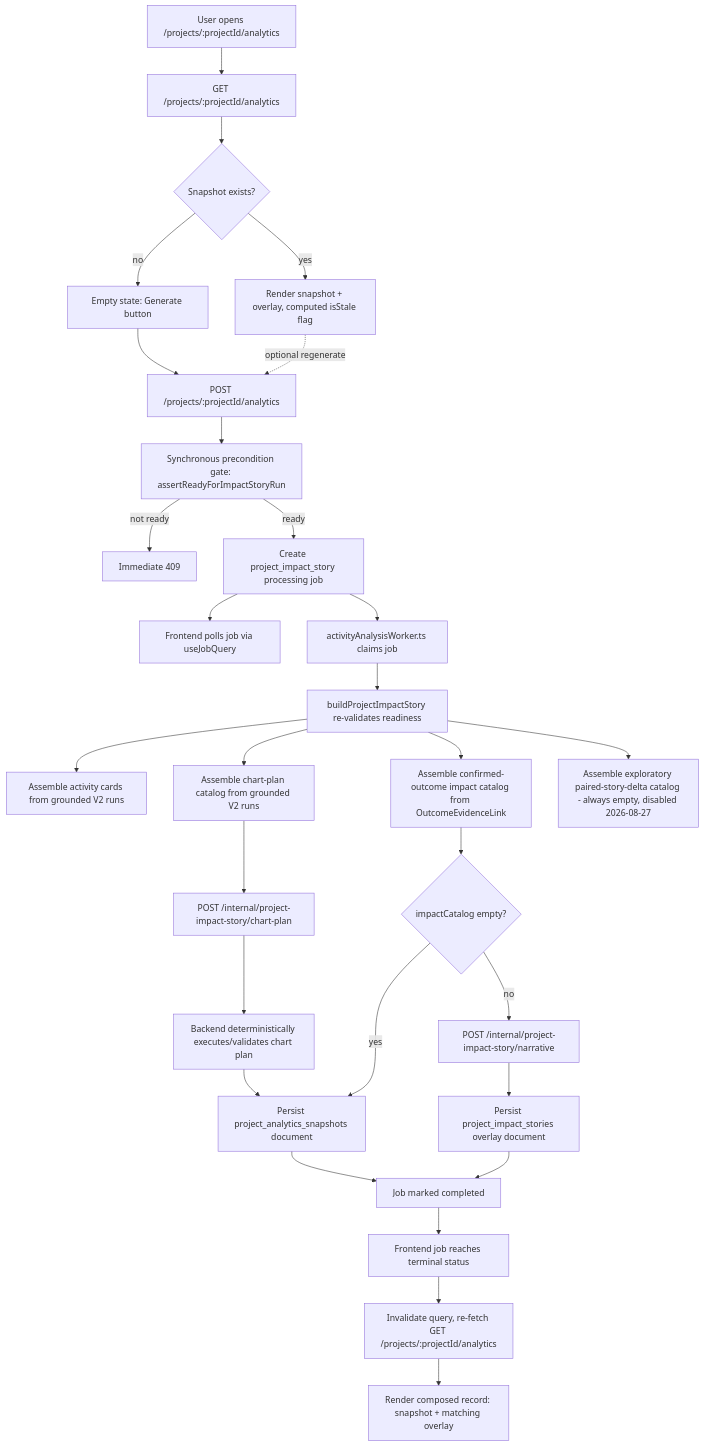
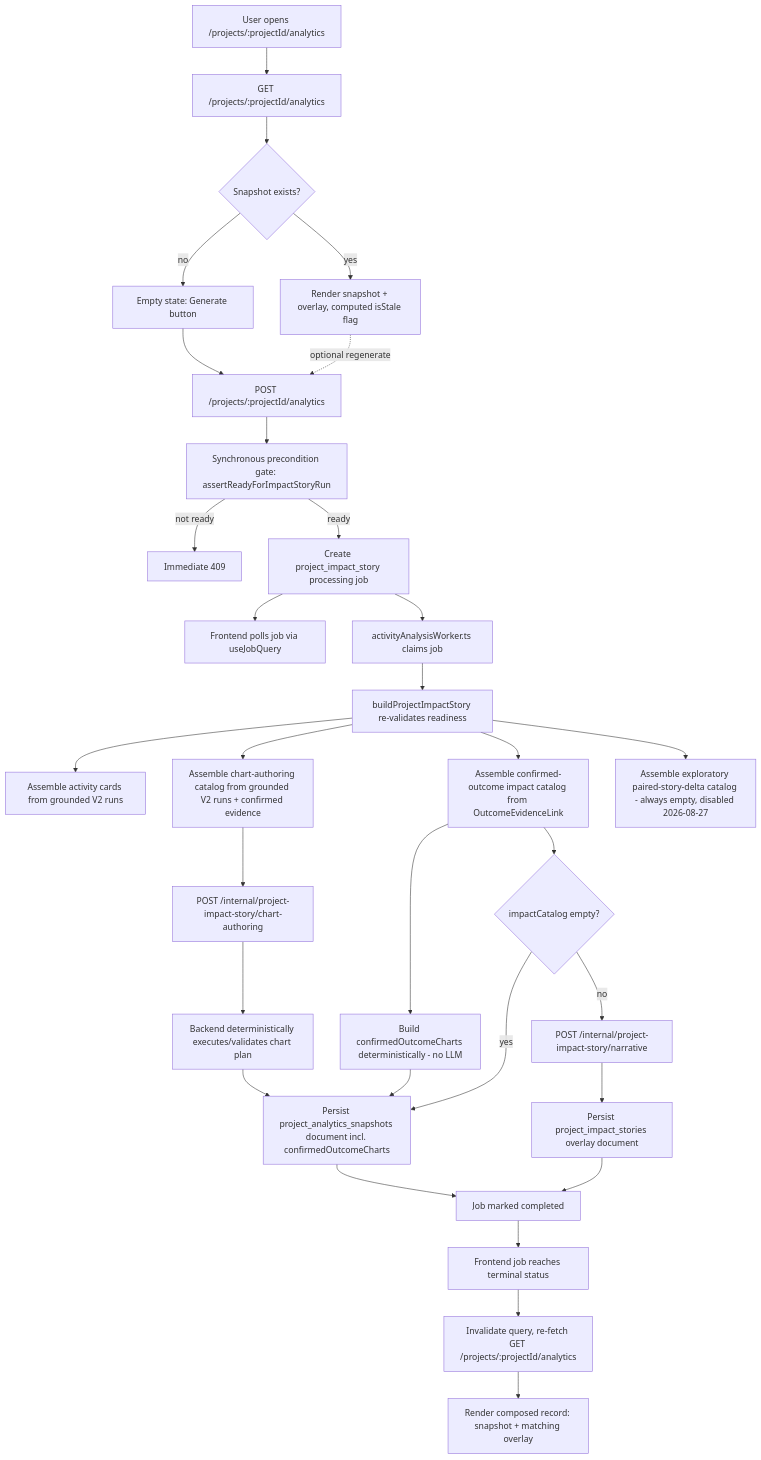
Before and after one commit to lingriosmichael/ia-backend: the diagram in documentation/CURRENT_ANALYTICS_PIPELINE.md, drawn with Mermaid. The commit also changed other lines of this file and 87 other files, not shown here.

````diff
--- a/documentation/CURRENT_ANALYTICS_PIPELINE.md
+++ b/documentation/CURRENT_ANALYTICS_PIPELINE.md
@@ -256,31 +459,33 @@
 ```mermaid
 flowchart TD
     A[User opens /projects/:projectId/analytics] --> B[GET /projects/:projectId/analytics]
     B --> C{Snapshot exists?}
     C -- no --> D[Empty state: Generate button]
     C -- yes --> E[Render snapshot + overlay, computed isStale flag]
     D --> F[POST /projects/:projectId/analytics]
     E -.optional regenerate.-> F
     F --> G[Synchronous precondition gate: assertReadyForImpactStoryRun]
     G -- not ready --> G1[Immediate 409]
     G -- ready --> H[Create project_impact_story processing job]
     H --> I[Frontend polls job via useJobQuery]
     H --> J[activityAnalysisWorker.ts claims job]
     J --> K[buildProjectImpactStory re-validates readiness]
     K --> L1[Assemble activity cards from grounded V2 runs]
-    K --> L2[Assemble chart-plan catalog from grounded V2 runs]
+    K --> L2[Assemble chart-authoring catalog from grounded V2 runs + confirmed evidence]
     K --> L3[Assemble confirmed-outcome impact catalog from OutcomeEvidenceLink]
     K --> L4[Assemble exploratory paired-story-delta catalog - always empty, disabled 2026-08-27]
-    L2 --> M[POST /internal/project-impact-story/chart-plan]
+    L3 --> L5[Build confirmedOutcomeCharts deterministically - no LLM]
+    L2 --> M[POST /internal/project-impact-story/chart-authoring]
     M --> N[Backend deterministically executes/validates chart plan]
-    N --> O[Persist project_analytics_snapshots document]
+    N --> O[Persist project_analytics_snapshots document incl. confirmedOutcomeCharts]
+    L5 --> O
     L3 --> P{impactCatalog empty?}
     P -- yes --> O
     P -- no --> Q[POST /internal/project-impact-story/narrative]
     Q --> R[Persist project_impact_stories overlay document]
     O --> S[Job marked completed]
     R --> S
     S --> T[Frontend job reaches terminal status]
     T --> U[Invalidate query, re-fetch GET /projects/:projectId/analytics]
     U --> V[Render composed record: snapshot + matching overlay]
 ```
````
